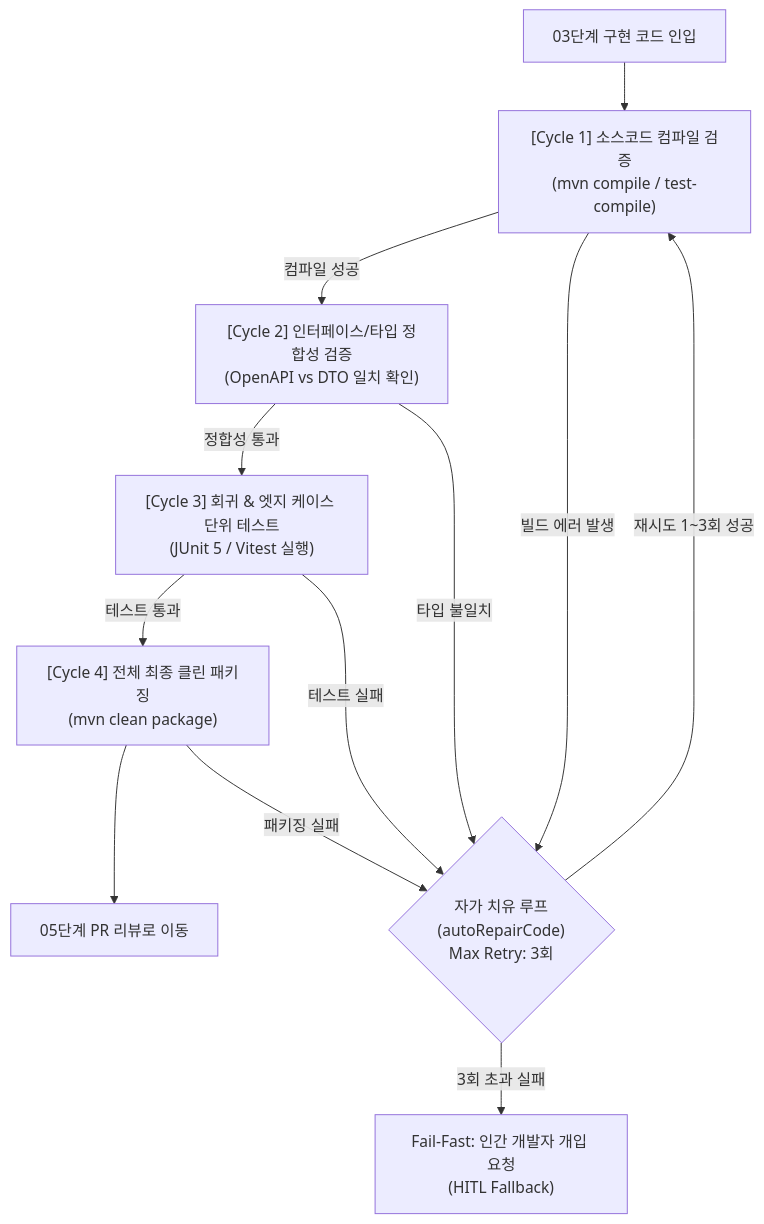
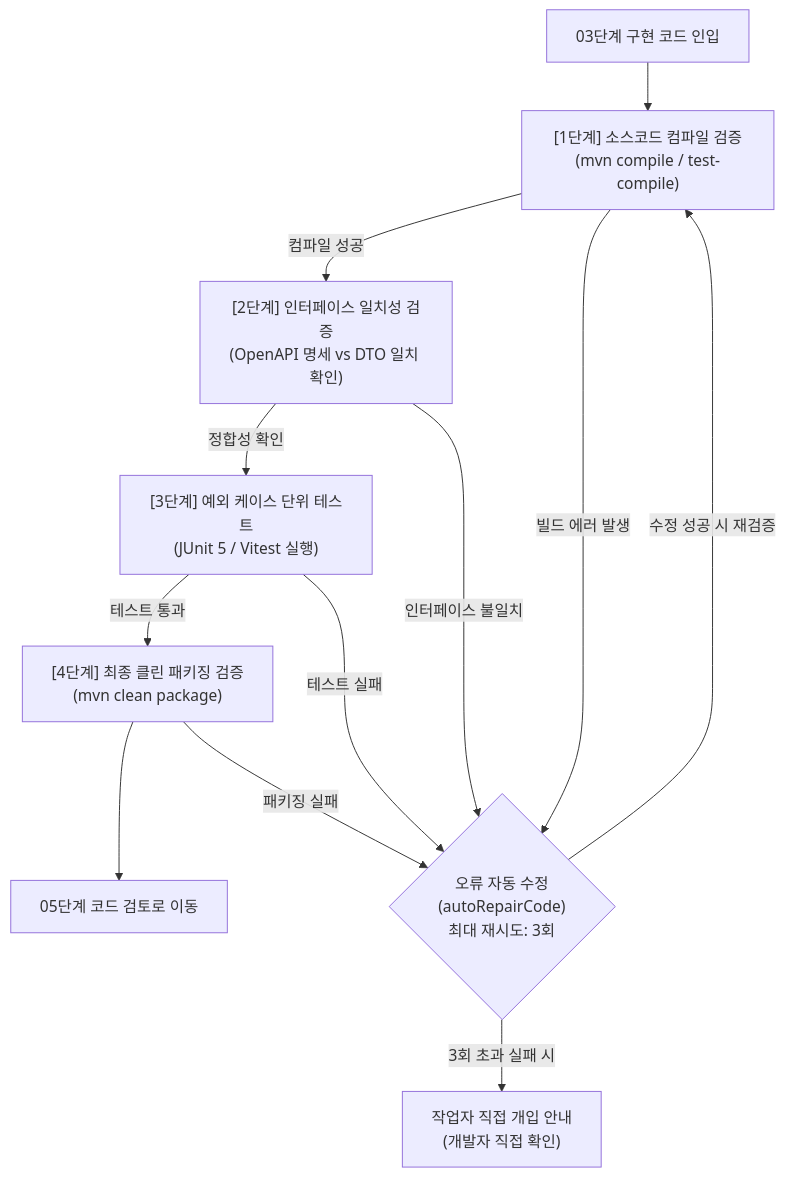
The diagram in ko/agile/ai-sdlc-04-testing.md (DramaticCollaboration/doc.github.io), drawn with Mermaid before and after one commit. The commit also changed other lines of this file and 8 other files, not shown here.

````diff
--- a/ko/agile/ai-sdlc-04-testing.md
+++ b/ko/agile/ai-sdlc-04-testing.md
@@ -49,17 +49,17 @@
 ```mermaid
 flowchart TD
-    Start["03단계 구현 코드 인입"] --> C1["[Cycle 1] 소스코드 컴파일 검증<br/>(mvn compile / test-compile)"]
+    Start["03단계 구현 코드 인입"] --> C1["[1단계] 소스코드 컴파일 검증<br/>(mvn compile / test-compile)"]
     
-    C1 -->|컴파일 성공| C2["[Cycle 2] 인터페이스/타입 정합성 검증<br/>(OpenAPI vs DTO 일치 확인)"]
-    C2 -->|정합성 통과| C3["[Cycle 3] 회귀 & 엣지 케이스 단위 테스트<br/>(JUnit 5 / Vitest 실행)"]
-    C3 -->|테스트 통과| C4["[Cycle 4] 전체 최종 클린 패키징<br/>(mvn clean package)"]
-    C4 --> Done["05단계 PR 리뷰로 이동"]
+    C1 -->|컴파일 성공| C2["[2단계] 인터페이스 일치성 검증<br/>(OpenAPI 명세 vs DTO 일치 확인)"]
+    C2 -->|정합성 확인| C3["[3단계] 예외 케이스 단위 테스트<br/>(JUnit 5 / Vitest 실행)"]
+    C3 -->|테스트 통과| C4["[4단계] 최종 클린 패키징 검증<br/>(mvn clean package)"]
+    C4 --> Done["05단계 코드 검토로 이동"]
 
-    C1 -->|빌드 에러 발생| Repair{"자가 치유 루프<br/>(autoRepairCode)<br/>Max Retry: 3회"}
-    C2 -->|타입 불일치| Repair
+    C1 -->|빌드 에러 발생| Repair{"오류 자동 수정<br/>(autoRepairCode)<br/>최대 재시도: 3회"}
+    C2 -->|인터페이스 불일치| Repair
     C3 -->|테스트 실패| Repair
     C4 -->|패키징 실패| Repair
 
-    Repair -->|재시도 1~3회 성공| C1
-    Repair -->|3회 초과 실패| HITL["Fail-Fast: 인간 개발자 개입 요청<br/>(HITL Fallback)"]
+    Repair -->|수정 성공 시 재검증| C1
+    Repair -->|3회 초과 실패 시| HITL["작업자 직접 개입 안내<br/>(개발자 직접 확인)"]
 ```
````
